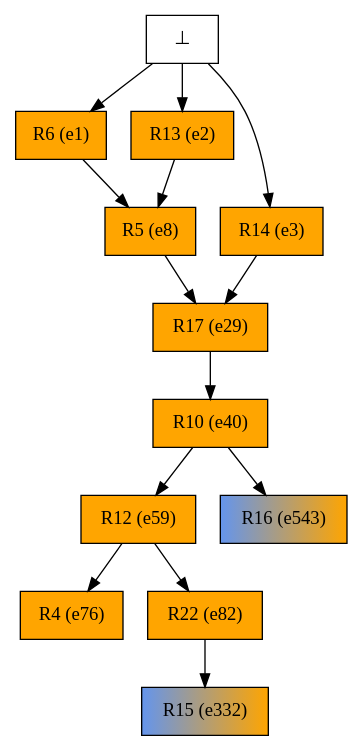
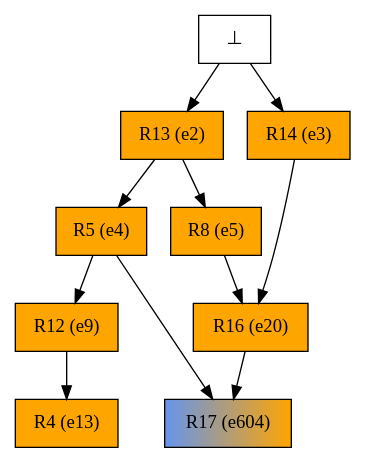
The diagram in examples/oursin_tasmanie/tasmanian_perturb_final_pr_unf.dot (giannkas/ecofolder), drawn with Graphviz before and after one commit. The commit also changed 138 other files, not shown here.

```diff
--- a/examples/oursin_tasmanie/tasmanian_perturb_final_pr_unf.dot
+++ b/examples/oursin_tasmanie/tasmanian_perturb_final_pr_unf.dot
@@ -1,27 +1,21 @@
 digraph test {
-  e1 -> e8;
-  e2 -> e8;
-  e3 -> e29;
-  e8 -> e29;
-  e29 -> e40;
-  e40 -> e59;
-  e59 -> e76;
-  e59 -> e82;
-  e82 -> e332;
-  e40 -> e543;
-  e0 -> e1;
+  e2 -> e4;
+  e2 -> e5;
+  e4 -> e9;
+  e9 -> e13;
+  e3 -> e20;
+  e5 -> e20;
+  e4 -> e604;
+  e20 -> e604;
   e0 -> e2;
   e0 -> e3;
-  e1 [color="black" fillcolor="orange:orange" label="R6 (e1)" shape=box style=filled];
   e2 [color="black" fillcolor="orange:orange" label="R13 (e2)" shape=box style=filled];
   e3 [color="black" fillcolor="orange:orange" label="R14 (e3)" shape=box style=filled];
-  e8 [color="black" fillcolor="orange:orange" label="R5 (e8)" shape=box style=filled];
-  e29 [color="black" fillcolor="orange:orange" label="R17 (e29)" shape=box style=filled];
-  e40 [color="black" fillcolor="orange:orange" label="R10 (e40)" shape=box style=filled];
-  e59 [color="black" fillcolor="orange:orange" label="R12 (e59)" shape=box style=filled];
-  e76 [color="black" fillcolor="orange:orange" label="R4 (e76)" shape=box style=filled];
-  e82 [color="black" fillcolor="orange:orange" label="R22 (e82)" shape=box style=filled];
-  e332 [color="black" fillcolor="cornflowerblue:orange" label="R15 (e332)" shape=box style=filled];
-  e543 [color="black" fillcolor="cornflowerblue:orange" label="R16 (e543)" shape=box style=filled];
+  e4 [color="black" fillcolor="orange:orange" label="R5 (e4)" shape=box style=filled];
+  e5 [color="black" fillcolor="orange:orange" label="R8 (e5)" shape=box style=filled];
+  e9 [color="black" fillcolor="orange:orange" label="R12 (e9)" shape=box style=filled];
+  e13 [color="black" fillcolor="orange:orange" label="R4 (e13)" shape=box style=filled];
+  e20 [color="black" fillcolor="orange:orange" label="R16 (e20)" shape=box style=filled];
+  e604 [color="black" fillcolor="cornflowerblue:orange" label="R17 (e604)" shape=box style=filled];
   e0 [fillcolor="white" label="⊥" shape=box style=filled];
 }
```
